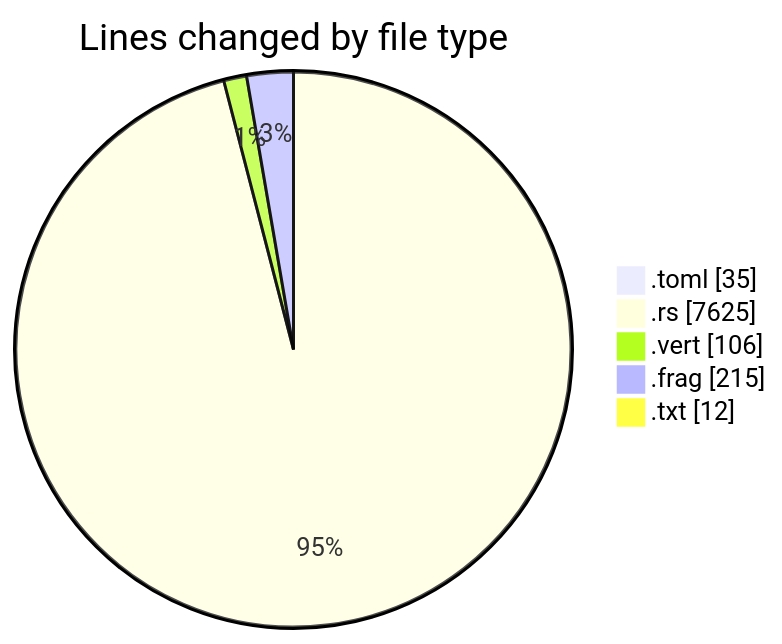
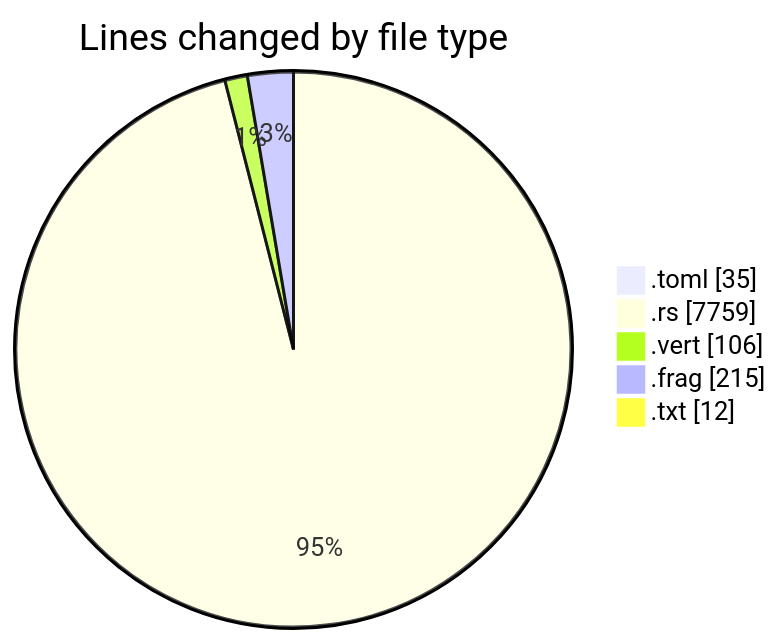
The first of 2 diagrams in 2025-01-02/3drust/README.md (ernivani/code-tracking), drawn with Mermaid before and after one commit. The commit also changed other lines of this file and 2 other files, not shown here.

````diff
--- a/2025-01-02/3drust/README.md
+++ b/2025-01-02/3drust/README.md
@@ -30,9 +30,9 @@
 ```mermaid
 pie showData
 title Lines changed by file type
 ".toml" : 35
-".rs" : 7625
+".rs" : 7759
 ".vert" : 106
 ".frag" : 215
 ".txt" : 12
 ```
````
